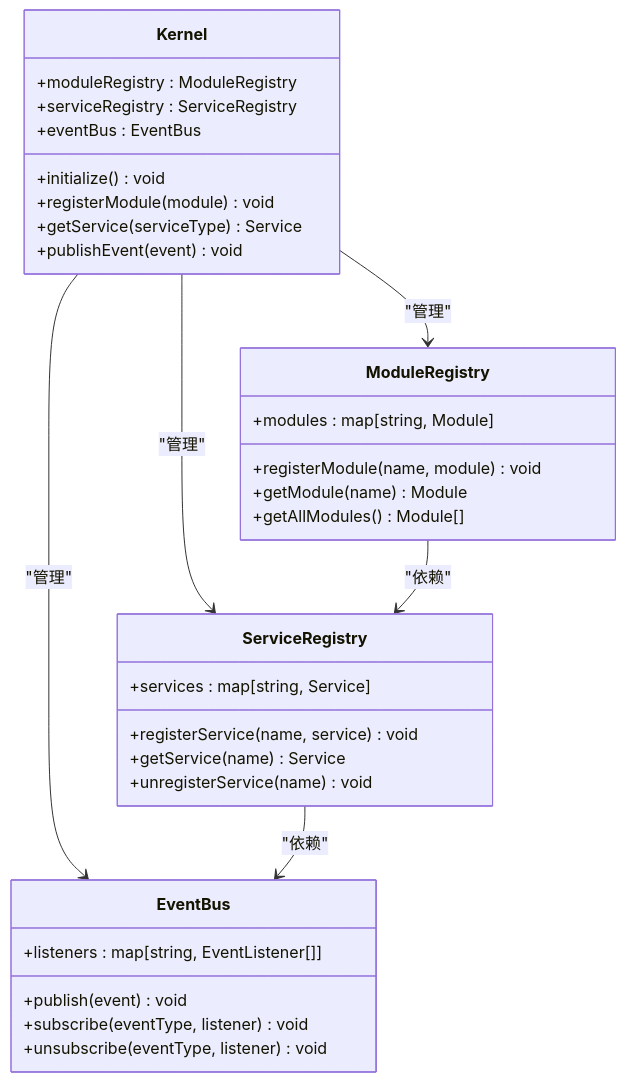
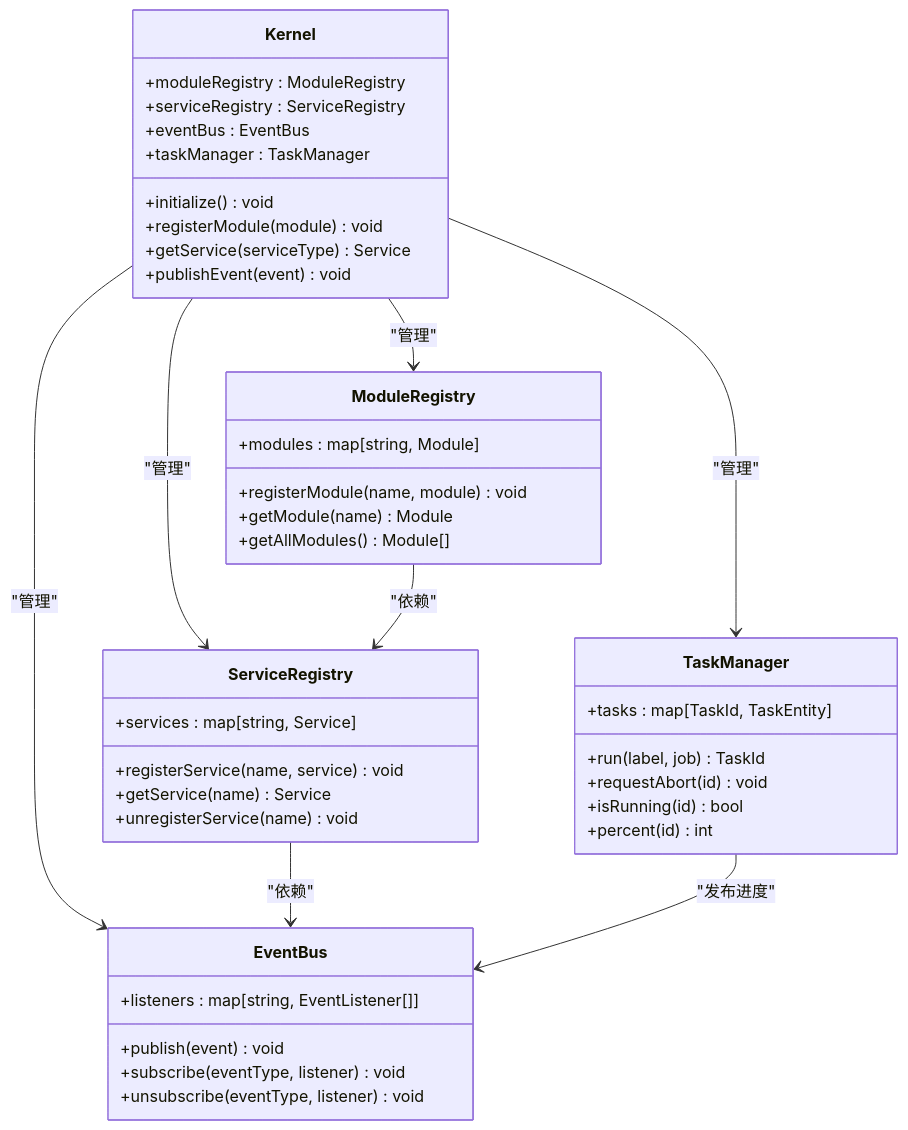
One commit to super1wang/LaserCNCv1.0 changed the second of 18 diagrams in .qoder/repowiki/zh/content/项目概述/模块设计/Process模块设计/Process模块服务管理架构改进.md. Above: the diagram before and after it, drawn with Mermaid. The commit also changed other lines of this file and 159 other files, not shown here.

````diff
--- a/.qoder/repowiki/zh/content/项目概述/模块设计/Process模块设计/Process模块服务管理架构改进.md
+++ b/.qoder/repowiki/zh/content/项目概述/模块设计/Process模块设计/Process模块服务管理架构改进.md
@@ -182,35 +209,45 @@
 ```mermaid
 classDiagram
 class Kernel {
 +moduleRegistry : ModuleRegistry
 +serviceRegistry : ServiceRegistry
 +eventBus : EventBus
++taskManager : TaskManager
 +initialize() void
 +registerModule(module) void
 +getService(serviceType) Service
 +publishEvent(event) void
 }
 class ModuleRegistry {
 +modules : map[string, Module]
 +registerModule(name, module) void
 +getModule(name) Module
 +getAllModules() Module[]
 }
 class ServiceRegistry {
 +services : map[string, Service]
 +registerService(name, service) void
 +getService(name) Service
 +unregisterService(name) void
 }
 class EventBus {
 +listeners : map[string, EventListener[]]
 +publish(event) void
 +subscribe(eventType, listener) void
 +unsubscribe(eventType, listener) void
 }
+class TaskManager {
++tasks : map[TaskId, TaskEntity]
++run(label, job) TaskId
++requestAbort(id) void
++isRunning(id) bool
++percent(id) int
+}
 Kernel --> ModuleRegistry : "管理"
 Kernel --> ServiceRegistry : "管理"
 Kernel --> EventBus : "管理"
+Kernel --> TaskManager : "管理"
 ModuleRegistry --> ServiceRegistry : "依赖"
 ServiceRegistry --> EventBus : "依赖"
+TaskManager --> EventBus : "发布进度"
 ```
````
